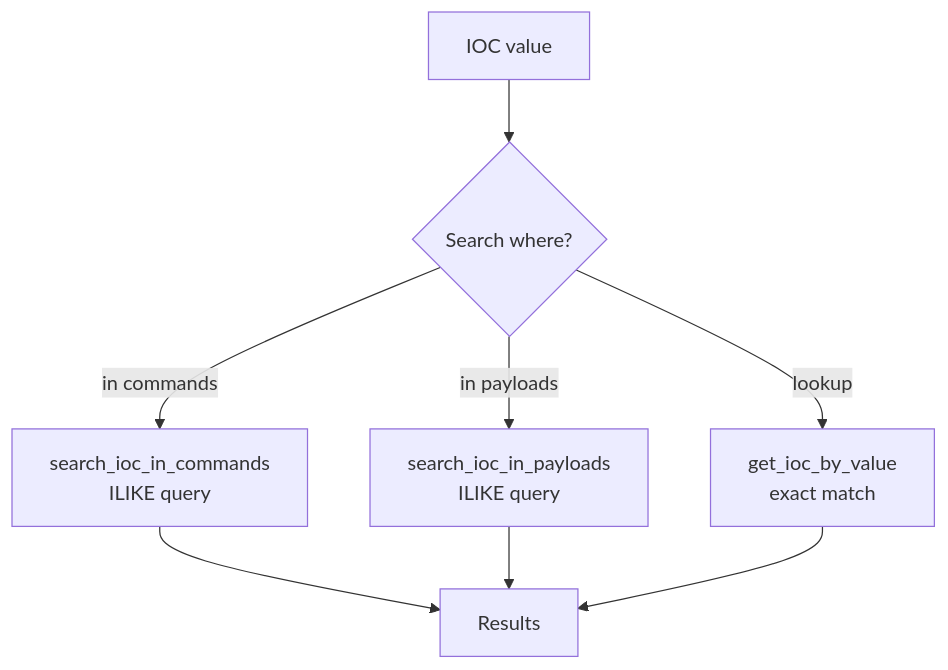
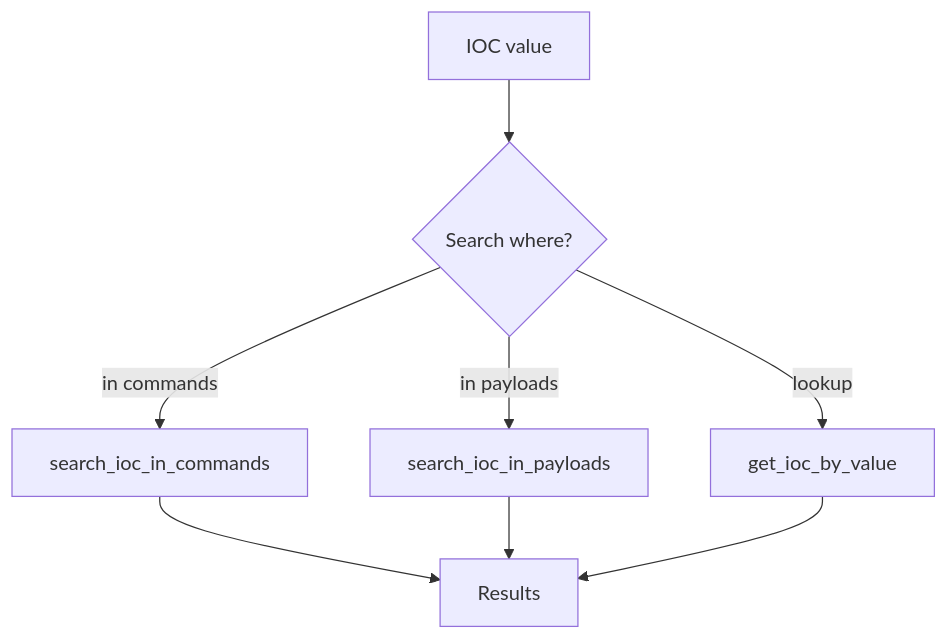
Before and after one commit to damo-pmu/honeypot: the diagram in docs/QUERIES.md, drawn with Mermaid. The commit also changed 3 other files, not shown here.

Commit message:
docs: Fix mermaid syntax for GitHub rendering (remove HTML br tags)

````diff
--- a/docs/QUERIES.md
+++ b/docs/QUERIES.md
@@ -83,10 +83,10 @@
 ```mermaid
 flowchart TD
     A[IOC value] --> B{Search where?}
-    B -->|in commands| C[search_ioc_in_commands<br/>ILIKE query]
-    B -->|in payloads| D[search_ioc_in_payloads<br/>ILIKE query]
-    B -->|lookup| E[get_ioc_by_value<br/>exact match]
+    B -->|in commands| C[search_ioc_in_commands]
+    B -->|in payloads| D[search_ioc_in_payloads]
+    B -->|lookup| E[get_ioc_by_value]
     C --> F[Results]
     D --> F
     E --> F
 ```
````
